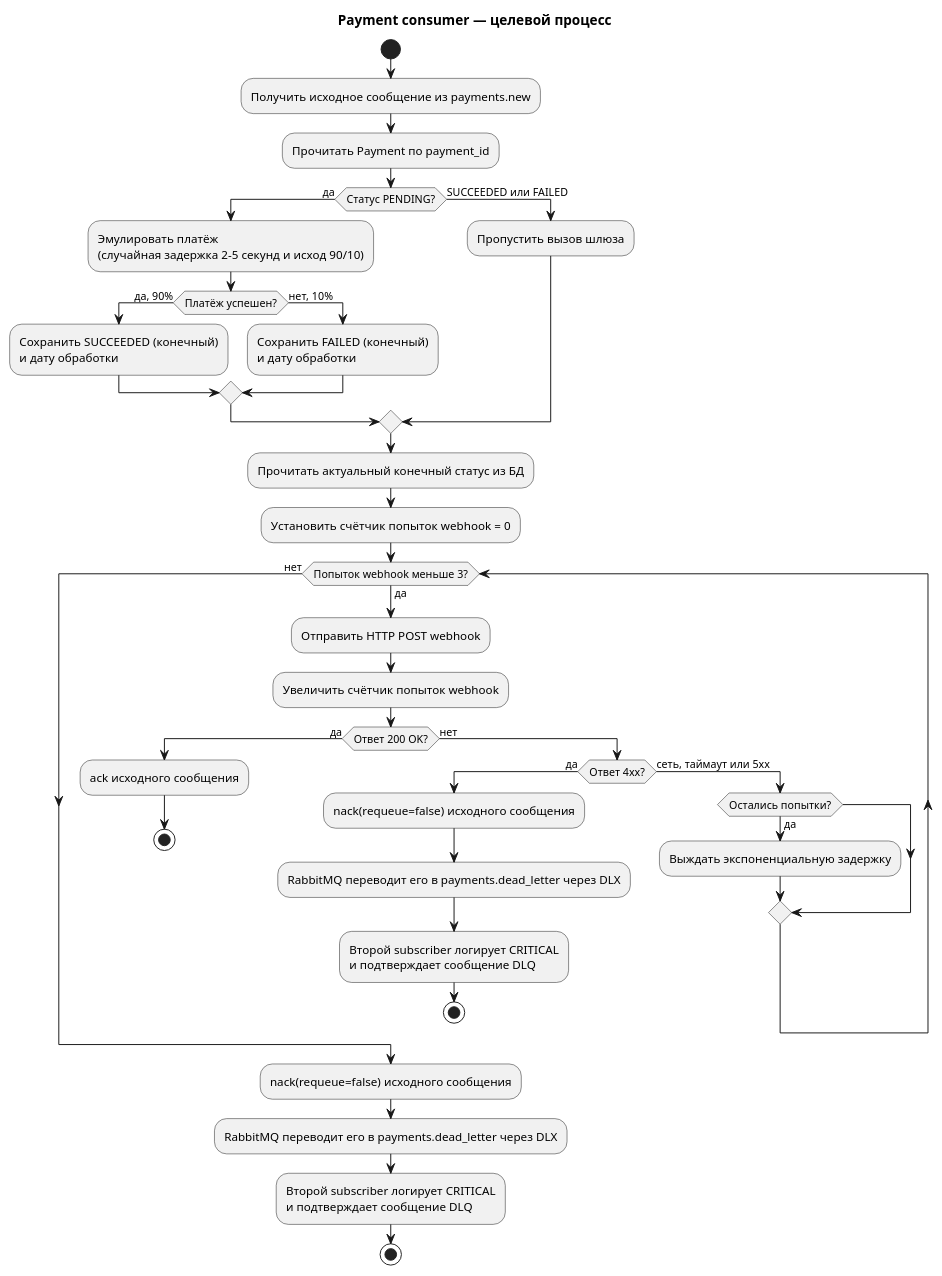
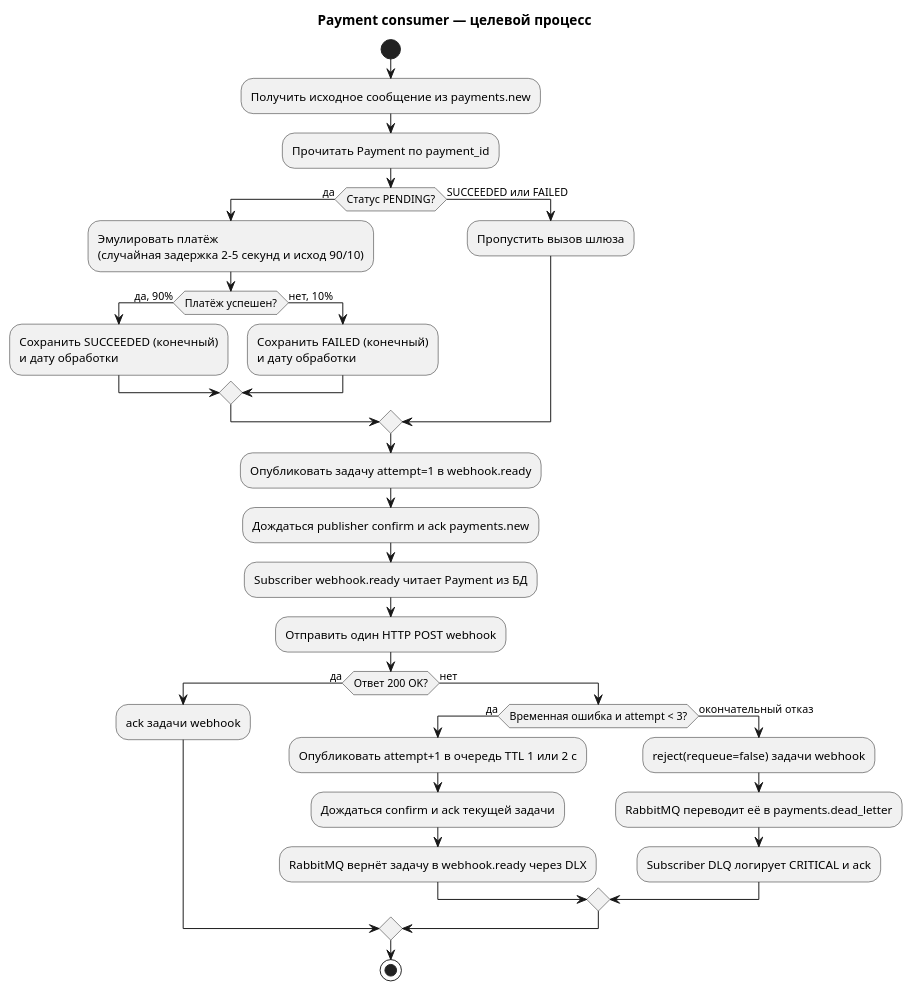
One commit to devartpy/payment-service changed the diagram in docs/architecture/diagrams/payment-consumer-activity.puml. Above: the diagram before and after it, drawn with PlantUML. The commit also changed 11 other files, not shown here.

Commit message:
feat(webhook): route retries through RabbitMQ queues

```diff
--- a/docs/architecture/diagrams/payment-consumer-activity.puml
+++ b/docs/architecture/diagrams/payment-consumer-activity.puml
@@ -1,44 +1,37 @@
 @startuml
 title Payment consumer — целевой процесс
 
 start
 :Получить исходное сообщение из payments.new;
 :Прочитать Payment по payment_id;
 
 if (Статус PENDING?) then (да)
   :Эмулировать платёж\n(случайная задержка 2–5 секунд и исход 90/10);
   if (Платёж успешен?) then (да, 90%)
     :Сохранить SUCCEEDED (конечный)\nи дату обработки;
   else (нет, 10%)
     :Сохранить FAILED (конечный)\nи дату обработки;
   endif
 else (SUCCEEDED или FAILED)
   :Пропустить вызов шлюза;
 endif
 
-:Прочитать актуальный конечный статус из БД;
-:Установить счётчик попыток webhook = 0;
-while (Попыток webhook меньше 3?) is (да)
-  :Отправить HTTP POST webhook;
-  :Увеличить счётчик попыток webhook;
-  if (Ответ 200 OK?) then (да)
-    :ack исходного сообщения;
-    stop
-  else (нет)
-    if (Ответ 4xx?) then (да)
-      :nack(requeue=false) исходного сообщения;
-      :RabbitMQ переводит его в payments.dead_letter через DLX;
-      :Второй subscriber логирует CRITICAL\nи подтверждает сообщение DLQ;
-      stop
-    else (сеть, таймаут или 5xx)
-      if (Остались попытки?) then (да)
-        :Выждать экспоненциальную задержку;
-      endif
-    endif
+:Опубликовать задачу attempt=1 в webhook.ready;
+:Дождаться publisher confirm и ack payments.new;
+:Subscriber webhook.ready читает Payment из БД;
+:Отправить один HTTP POST webhook;
+if (Ответ 200 OK?) then (да)
+  :ack задачи webhook;
+else (нет)
+  if (Временная ошибка и attempt < 3?) then (да)
+    :Опубликовать attempt+1 в очередь TTL 1 или 2 с;
+    :Дождаться confirm и ack текущей задачи;
+    :RabbitMQ вернёт задачу в webhook.ready через DLX;
+  else (окончательный отказ)
+    :reject(requeue=false) задачи webhook;
+    :RabbitMQ переводит её в payments.dead_letter;
+    :Subscriber DLQ логирует CRITICAL и ack;
   endif
-endwhile (нет)
-:nack(requeue=false) исходного сообщения;
-:RabbitMQ переводит его в payments.dead_letter через DLX;
-:Второй subscriber логирует CRITICAL\nи подтверждает сообщение DLQ;
+endif
 stop
 @enduml
```
